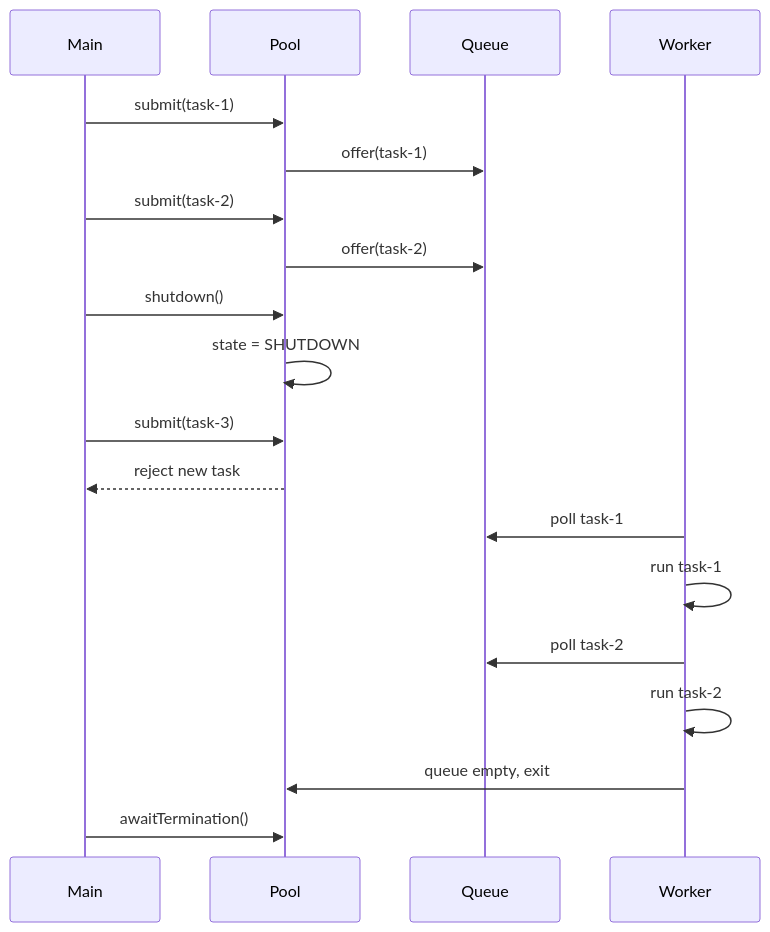
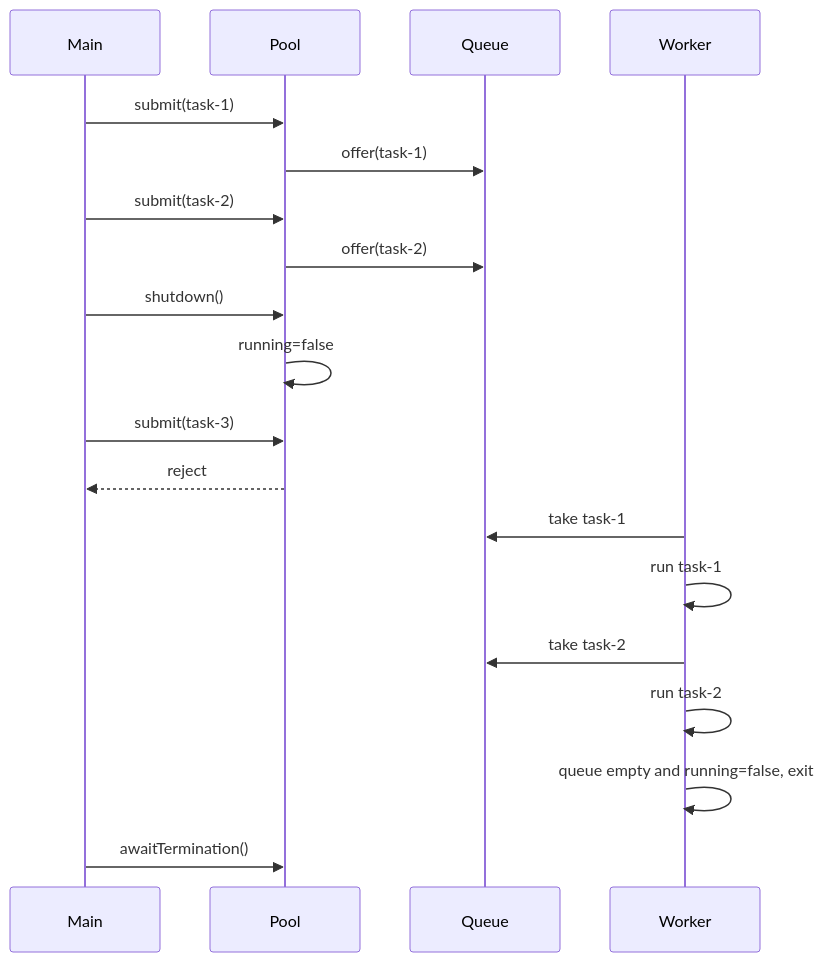
One commit to mthaiseer/springcloud-systemdesign-notes changed the third of 8 diagrams in HLD_NOTES/006_MINI_PROJECTS/001_ThreadPool.md. Above: the diagram before and after it, drawn with Mermaid. The commit also changed other lines of this file and 2 other files, not shown here.

````diff
--- a/HLD_NOTES/006_MINI_PROJECTS/001_ThreadPool.md
+++ b/HLD_NOTES/006_MINI_PROJECTS/001_ThreadPool.md
@@ -1187,22 +1272,22 @@
 ```mermaid
 sequenceDiagram
     participant Main
     participant Pool
     participant Queue
     participant Worker
 
     Main->>Pool: submit(task-1)
     Pool->>Queue: offer(task-1)
     Main->>Pool: submit(task-2)
     Pool->>Queue: offer(task-2)
     Main->>Pool: shutdown()
-    Pool->>Pool: state = SHUTDOWN
+    Pool->>Pool: running=false
     Main->>Pool: submit(task-3)
-    Pool-->>Main: reject new task
-    Worker->>Queue: poll task-1
+    Pool-->>Main: reject
+    Worker->>Queue: take task-1
     Worker->>Worker: run task-1
-    Worker->>Queue: poll task-2
+    Worker->>Queue: take task-2
     Worker->>Worker: run task-2
-    Worker->>Pool: queue empty, exit
+    Worker->>Worker: queue empty and running=false, exit
     Main->>Pool: awaitTermination()
 ```
````
